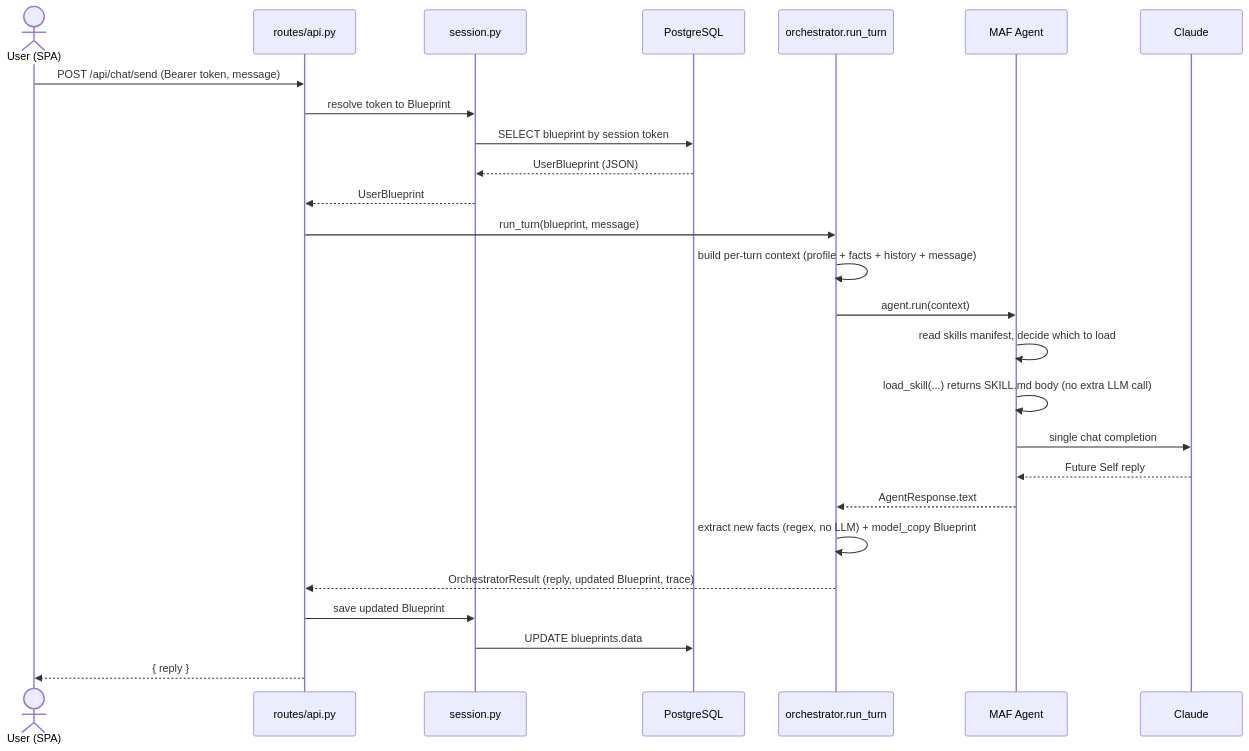
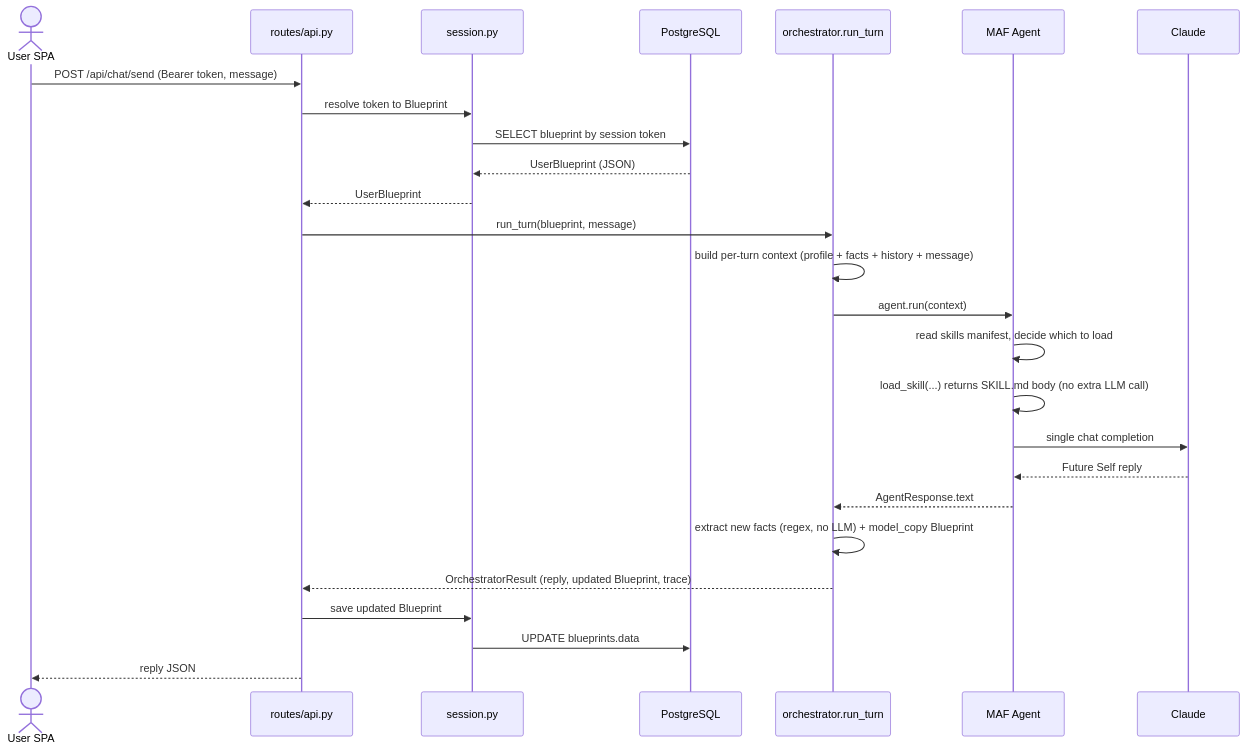
One commit to scopeta/futureself changed the second of 6 diagrams in ARCHITECTURE.md. Above: the diagram before and after it, drawn with Mermaid. The commit also changed other lines of this file, not shown here.

First line of the commit message:
docs: harden ARCHITECTURE.md mermaid for portable rendering

````diff
--- a/ARCHITECTURE.md
+++ b/ARCHITECTURE.md
@@ -79,29 +79,29 @@
 ```mermaid
 sequenceDiagram
-    actor U as User (SPA)
+    actor U as User SPA
     participant API as routes/api.py
     participant S as session.py
     participant DB as PostgreSQL
     participant O as orchestrator.run_turn
     participant A as MAF Agent
     participant C as Claude
 
     U->>API: POST /api/chat/send (Bearer token, message)
     API->>S: resolve token to Blueprint
     S->>DB: SELECT blueprint by session token
     DB-->>S: UserBlueprint (JSON)
     S-->>API: UserBlueprint
     API->>O: run_turn(blueprint, message)
     O->>O: build per-turn context (profile + facts + history + message)
     O->>A: agent.run(context)
     A->>A: read skills manifest, decide which to load
     A->>A: load_skill(...) returns SKILL.md body (no extra LLM call)
     A->>C: single chat completion
     C-->>A: Future Self reply
     A-->>O: AgentResponse.text
     O->>O: extract new facts (regex, no LLM) + model_copy Blueprint
     O-->>API: OrchestratorResult (reply, updated Blueprint, trace)
     API->>S: save updated Blueprint
     S->>DB: UPDATE blueprints.data
-    API-->>U: { reply }
+    API-->>U: reply JSON
 ```
````
